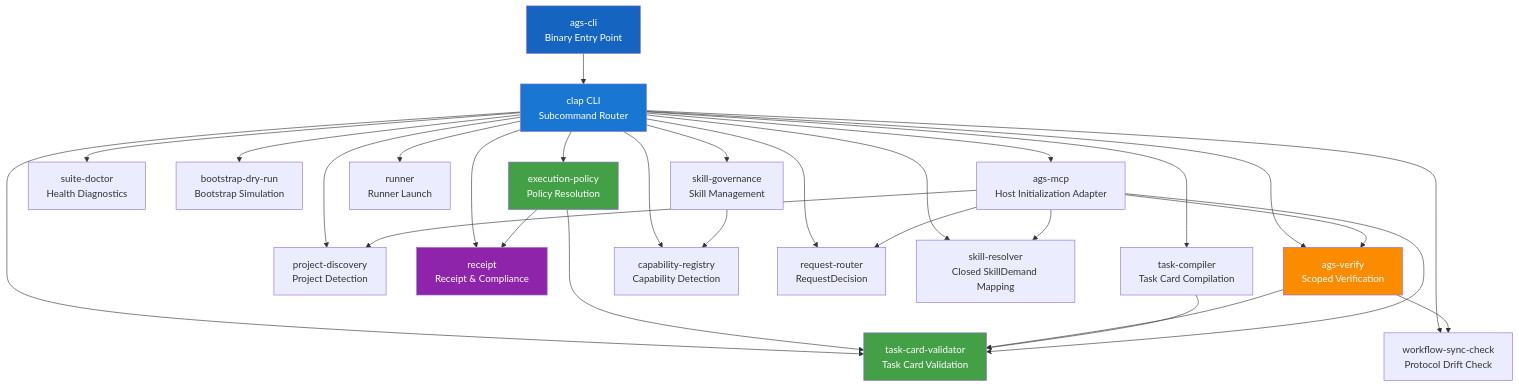
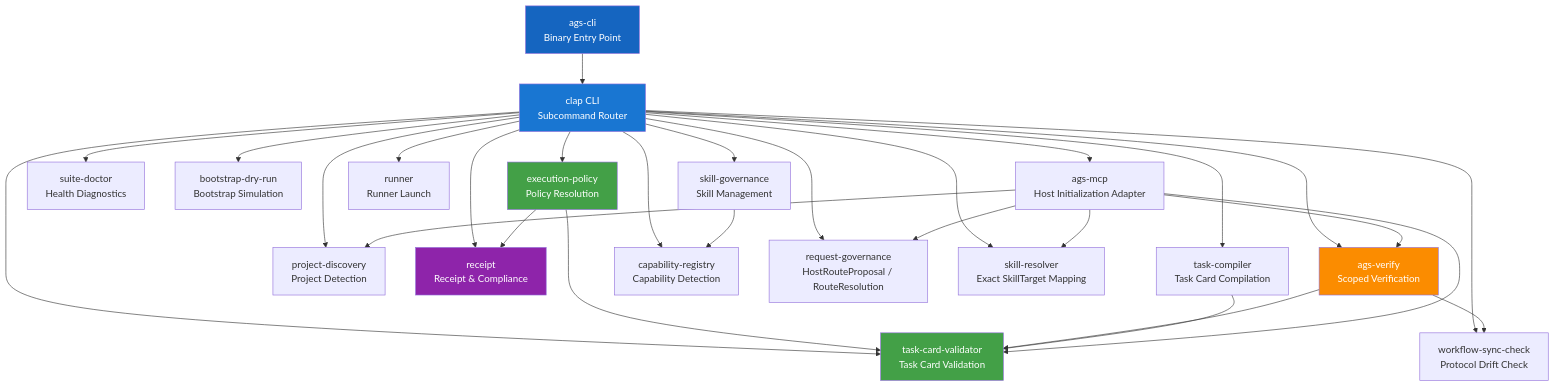
One commit to FernandeZ-hjm/Agent-General-Staff changed the second of 5 diagrams in docs/architecture.md. Above: the diagram before and after it, drawn with Mermaid. The commit also changed other lines of this file and 5 other files, not shown here.

Commit message:
docs: align public architecture with 0.3

````diff
--- a/docs/architecture.md
+++ b/docs/architecture.md
@@ -77,38 +77,38 @@
 ```mermaid
 graph TD
     A[ags-cli<br/>Binary Entry Point] --> B[clap CLI<br/>Subcommand Router]
     B --> C1[task-card-validator<br/>Task Card Validation]
     B --> C2[execution-policy<br/>Policy Resolution]
     B --> C3[suite-doctor<br/>Health Diagnostics]
     B --> C4[bootstrap-dry-run<br/>Bootstrap Simulation]
     B --> C5[workflow-sync-check<br/>Protocol Drift Check]
     B --> C6[ags-verify<br/>Scoped Verification]
     B --> C7[project-discovery<br/>Project Detection]
     B --> C8[receipt<br/>Receipt & Compliance]
     B --> C9[task-compiler<br/>Task Card Compilation]
     B --> C10[skill-governance<br/>Skill Management]
     B --> C11[capability-registry<br/>Capability Detection]
     B --> C12[runner<br/>Runner Launch]
     B --> C13[ags-mcp<br/>Host Initialization Adapter]
-    B --> C14[request-router<br/>RequestDecision]
-    B --> C15[skill-resolver<br/>Closed SkillDemand Mapping]
+    B --> C14[request-governance<br/>HostRouteProposal / RouteResolution]
+    B --> C15[skill-resolver<br/>Exact SkillTarget Mapping]
 
     C2 --> C1
     C2 --> C8
     C6 --> C1
     C6 --> C5
     C9 --> C1
     C10 --> C11
     C13 --> C7
     C13 --> C1
     C13 --> C6
     C13 --> C14
     C13 --> C15
 
     style A fill:#1565c0,color:#fff
     style B fill:#1976d2,color:#fff
     style C1 fill:#43a047,color:#fff
     style C2 fill:#43a047,color:#fff
     style C6 fill:#fb8c00,color:#fff
     style C8 fill:#8e24aa,color:#fff
 ```
````
